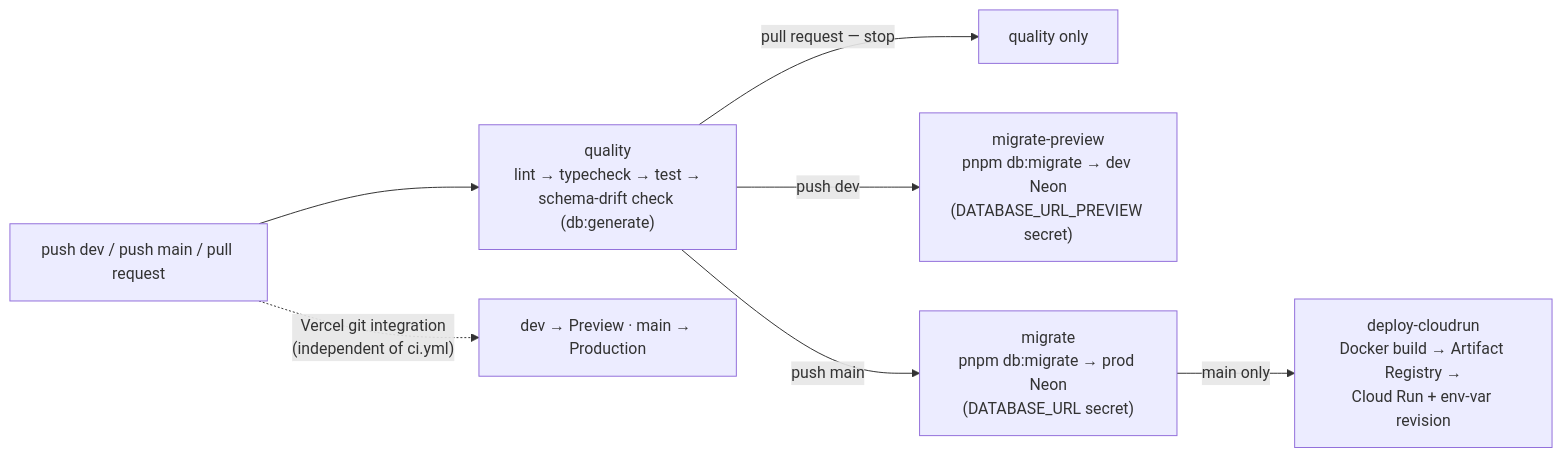
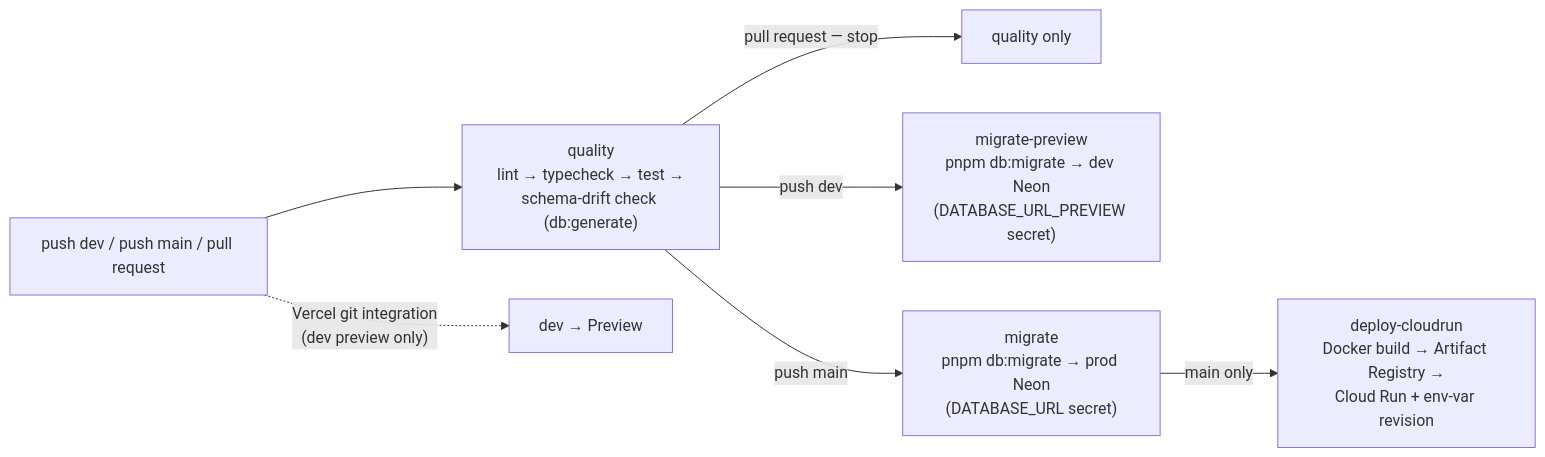
Before and after one commit to oncloudnintynineone-source/cloudy2: the second of 2 diagrams in README.md, drawn with Mermaid. The commit also changed other lines of this file and 12 other files, not shown here.

Commit message:
Update docs on production and dev env

````diff
--- a/README.md
+++ b/README.md
@@ -116,9 +112,9 @@
 ```mermaid
 flowchart LR
     TRIG["push dev / push main / pull request"] --> Q["quality<br/>lint → typecheck → test →<br/>schema-drift check (db:generate)"]
     Q -->|"pull request — stop"| PR["quality only"]
     Q -->|"push dev"| MP["migrate-preview<br/>pnpm db:migrate → dev Neon<br/>(DATABASE_URL_PREVIEW secret)"]
     Q -->|"push main"| MIG["migrate<br/>pnpm db:migrate → prod Neon<br/>(DATABASE_URL secret)"]
     MIG -->|"main only"| CR["deploy-cloudrun<br/>Docker build → Artifact Registry →<br/>Cloud Run + env-var revision"]
-    TRIG -. "Vercel git integration<br/>(independent of ci.yml)" .-> VER["dev → Preview · main → Production"]
+    TRIG -. "Vercel git integration<br/>(dev preview only)" .-> VER["dev → Preview"]
 ```
````
